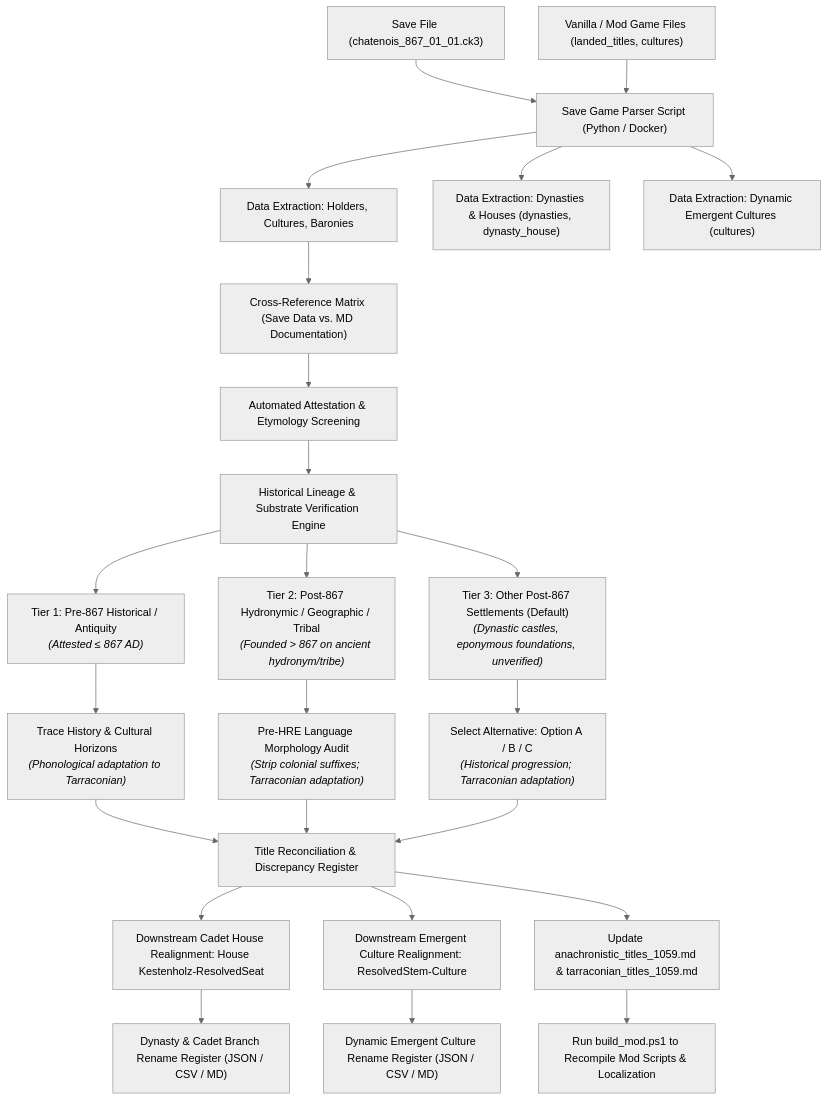
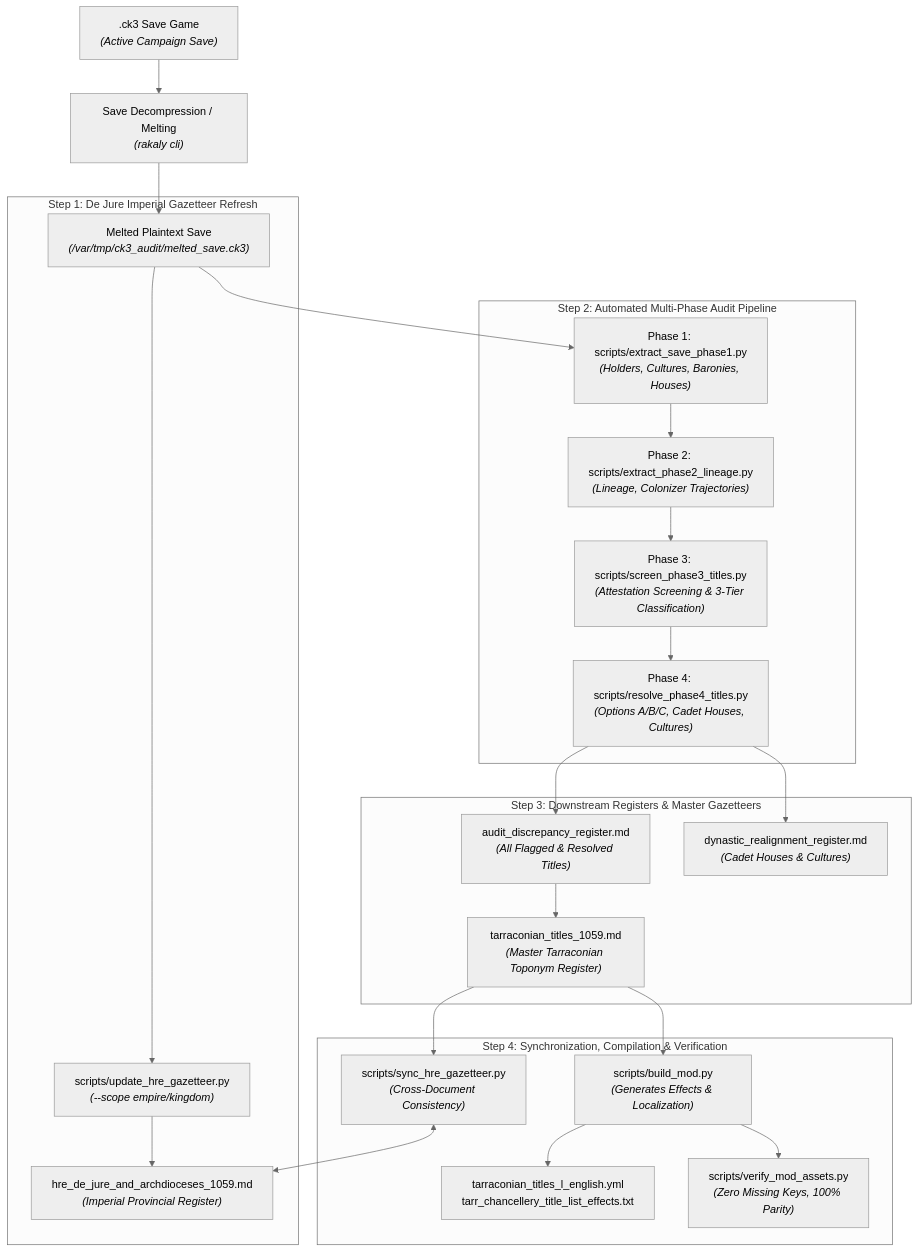
One commit to skachano/tarraconian_hre changed the second of 2 diagrams in title_historical_accuracy_audit_plan.md. Above: the diagram before and after it, drawn with Mermaid (neutral theme). The commit also changed other lines of this file, not shown here.

Commit message:
Update title_historical_accuracy_audit_plan.md for reusable future Empire expansions

````diff
--- a/title_historical_accuracy_audit_plan.md
+++ b/title_historical_accuracy_audit_plan.md
@@ -126,35 +141,31 @@
 ```mermaid
 flowchart TD
-    A["Save File (chatenois_867_01_01.ck3)"] --> B["Save Game Parser Script (Python / Docker)"]
-    C["Vanilla / Mod Game Files (landed_titles, cultures)"] --> B
+    Save[".ck3 Save Game<br><i>(Active Campaign Save)</i>"] --> Rakaly["Save Decompression / Melting<br><i>(rakaly cli)</i>"]
+    Rakaly --> Melted["Melted Plaintext Save<br><i>(/var/tmp/ck3_audit/melted_save.ck3)</i>"]
     
-    B --> D1["Data Extraction: Holders, Cultures, Baronies"]
-    B --> D2["Data Extraction: Dynasties & Houses (dynasties, dynasty_house)"]
-    B --> D3["Data Extraction: Dynamic Emergent Cultures (cultures)"]
+    subgraph Step1["Step 1: De Jure Imperial Gazetteer Refresh"]
+        Melted --> UpGaz["scripts/update_hre_gazetteer.py<br><i>(--scope empire/kingdom)</i>"]
+        UpGaz --> HREDoc["hre_de_jure_and_archdioceses_1059.md<br><i>(Imperial Provincial Register)</i>"]
+    end
     
-    D1 --> E["Cross-Reference Matrix (Save Data vs. MD Documentation)"]
+    subgraph Step2["Step 2: Automated Multi-Phase Audit Pipeline"]
+        Melted --> Ph1["Phase 1: scripts/extract_save_phase1.py<br><i>(Holders, Cultures, Baronies, Houses)</i>"]
+        Ph1 --> Ph2["Phase 2: scripts/extract_phase2_lineage.py<br><i>(Lineage, Colonizer Trajectories)</i>"]
+        Ph2 --> Ph3["Phase 3: scripts/screen_phase3_titles.py<br><i>(Attestation Screening & 3-Tier Classification)</i>"]
+        Ph3 --> Ph4["Phase 4: scripts/resolve_phase4_titles.py<br><i>(Options A/B/C, Cadet Houses, Cultures)</i>"]
+    end
     
-    E --> F["Automated Attestation & Etymology Screening"]
-    F --> G["Historical Lineage & Substrate Verification Engine"]
+    subgraph Step3["Step 3: Downstream Registers & Master Gazetteers"]
+        Ph4 --> Reg1["audit_discrepancy_register.md<br><i>(All Flagged & Resolved Titles)</i>"]
+        Ph4 --> Reg2["dynastic_realignment_register.md<br><i>(Cadet Houses & Cultures)</i>"]
+        Reg1 --> MasterGaz["tarraconian_titles_1059.md<br><i>(Master Tarraconian Toponym Register)</i>"]
+    end
     
-    G --> H1["Tier 1: Pre-867 Historical / Antiquity<br><i>(Attested ≤ 867 AD)</i>"]
-    G --> H2["Tier 2: Post-867 Hydronymic / Geographic / Tribal<br><i>(Founded > 867 on ancient hydronym/tribe)</i>"]
-    G --> H3["Tier 3: Other Post-867 Settlements (Default)<br><i>(Dynastic castles, eponymous foundations, unverified)</i>"]
-    
-    H1 --> I1["Trace History & Cultural Horizons<br><i>(Phonological adaptation to Tarraconian)</i>"]
-    H2 --> I2["Pre-HRE Language Morphology Audit<br><i>(Strip colonial suffixes; Tarraconian adaptation)</i>"]
-    H3 --> I3["Select Alternative: Option A / B / C<br><i>(Historical progression; Tarraconian adaptation)</i>"]
-    
-    I1 --> J["Title Reconciliation & Discrepancy Register"]
-    I2 --> J
-    I3 --> J
-    
-    J --> K1["Downstream Cadet House Realignment: House Kestenholz-ResolvedSeat"]
-    J --> K2["Downstream Emergent Culture Realignment: ResolvedStem-Culture"]
-    
-    K1 --> L1["Dynasty & Cadet Branch Rename Register (JSON / CSV / MD)"]
-    K2 --> L2["Dynamic Emergent Culture Rename Register (JSON / CSV / MD)"]
-    
-    J --> M["Update anachronistic_titles_1059.md & tarraconian_titles_1059.md"]
-    M --> N["Run build_mod.ps1 to Recompile Mod Scripts & Localization"]
+    subgraph Step4["Step 4: Synchronization, Compilation & Verification"]
+        MasterGaz --> SyncGaz["scripts/sync_hre_gazetteer.py<br><i>(Cross-Document Consistency)</i>"]
+        SyncGaz <--> HREDoc
+        MasterGaz --> BuildMod["scripts/build_mod.py<br><i>(Generates Effects & Localization)</i>"]
+        BuildMod --> ModLoc["tarraconian_titles_l_english.yml<br>tarr_chancellery_title_list_effects.txt"]
+        BuildMod --> VerifyMod["scripts/verify_mod_assets.py<br><i>(Zero Missing Keys, 100% Parity)</i>"]
+    end
 ```
````
